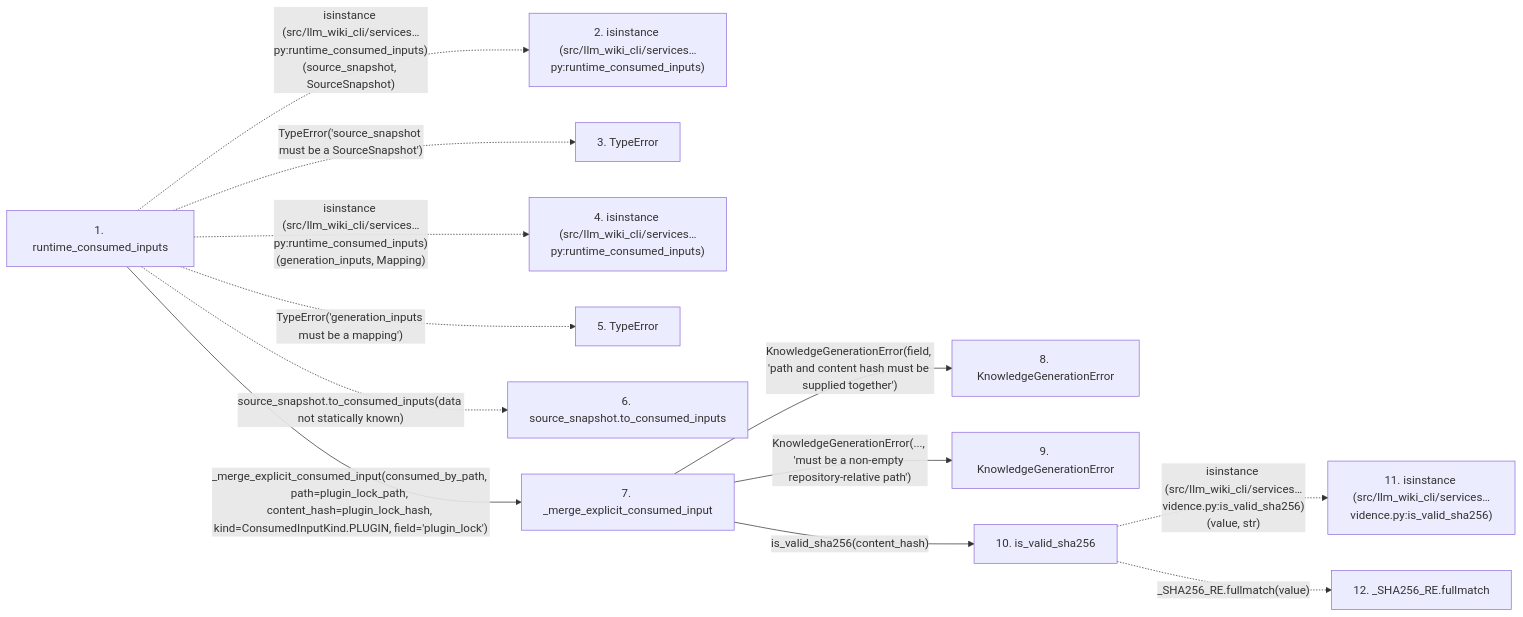
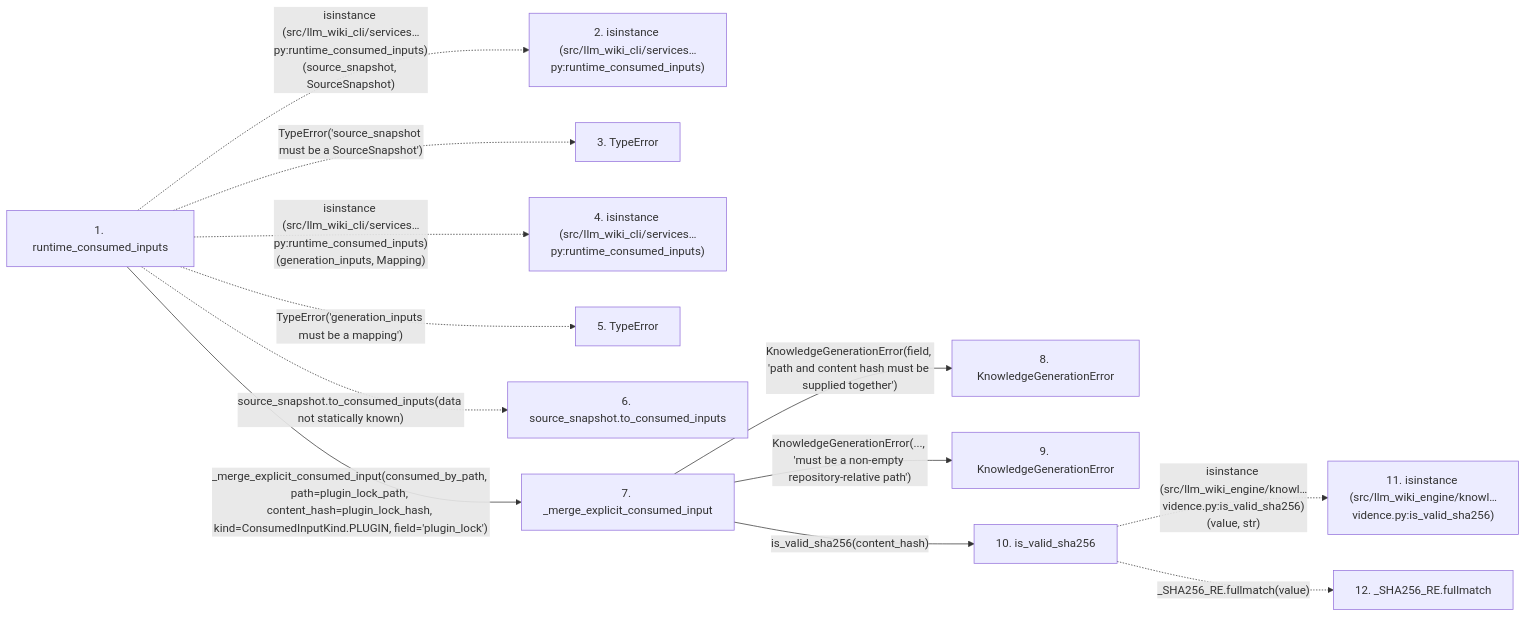
Before and after one commit to Denissvgn/python-wiki-llm: the second of 2 diagrams in docs/llm_wiki/flows/api-runtime_consumed_inputs.md, drawn with Mermaid. The commit also changed other lines of this file and 1103 other files, not shown here.

First line of the commit message:
docs: refresh the wiki for the llm-wiki-engine distribution

````diff
--- a/docs/llm_wiki/flows/api-runtime_consumed_inputs.md
+++ b/docs/llm_wiki/flows/api-runtime_consumed_inputs.md
@@ -110,31 +110,31 @@
 ```mermaid
 flowchart LR
     s1["1. runtime_consumed_inputs"]
     s2["2. isinstance (src/llm_wiki_cli/services…py:runtime_consumed_inputs)"]
     s3["3. TypeError"]
     s4["4. isinstance (src/llm_wiki_cli/services…py:runtime_consumed_inputs)"]
     s5["5. TypeError"]
     s6["6. source_snapshot.to_consumed_inputs"]
     s7["7. _merge_explicit_consumed_input"]
     s8["8. KnowledgeGenerationError"]
     s9["9. KnowledgeGenerationError"]
     s10["10. is_valid_sha256"]
-    s11["11. isinstance (src/llm_wiki_cli/services…vidence.py:is_valid_sha256)"]
+    s11["11. isinstance (src/llm_wiki_engine/knowl…vidence.py:is_valid_sha256)"]
     s12["12. _SHA256_RE.fullmatch"]
     s1 -. "isinstance (src/llm_wiki_cli/services…py:runtime_consumed_inputs)(source_snapshot, SourceSnapshot)" .-> s2
     s1 -. "TypeError('source_snapshot must be a SourceSnapshot')" .-> s3
     s1 -. "isinstance (src/llm_wiki_cli/services…py:runtime_consumed_inputs)(generation_inputs, Mapping)" .-> s4
     s1 -. "TypeError('generation_inputs must be a mapping')" .-> s5
     s1 -. "source_snapshot.to_consumed_inputs(data not statically known)" .-> s6
     s1 -->|"_merge_explicit_consumed_input(consumed_by_path, path=plugin_lock_path, content_hash=plugin_lock_hash, kind=ConsumedInputKind.PLUGIN, field='plugin_lock')"| s7
     s7 -->|"KnowledgeGenerationError(field, 'path and content hash must be supplied together')"| s8
     s7 -->|"KnowledgeGenerationError(..., 'must be a non-empty repository-relative path')"| s9
     s7 -->|"is_valid_sha256(content_hash)"| s10
-    s10 -. "isinstance (src/llm_wiki_cli/services…vidence.py:is_valid_sha256)(value, str)" .-> s11
+    s10 -. "isinstance (src/llm_wiki_engine/knowl…vidence.py:is_valid_sha256)(value, str)" .-> s11
     s10 -. "_SHA256_RE.fullmatch(value)" .-> s12
     click s1 "../modules/knowledge_orchestration.md"
     click s7 "../modules/knowledge_orchestration.md"
     click s8 "../modules/knowledge_generation.md"
     click s9 "../modules/knowledge_generation.md"
     click s10 "../modules/knowledge_evidence.md"
 ```
````
